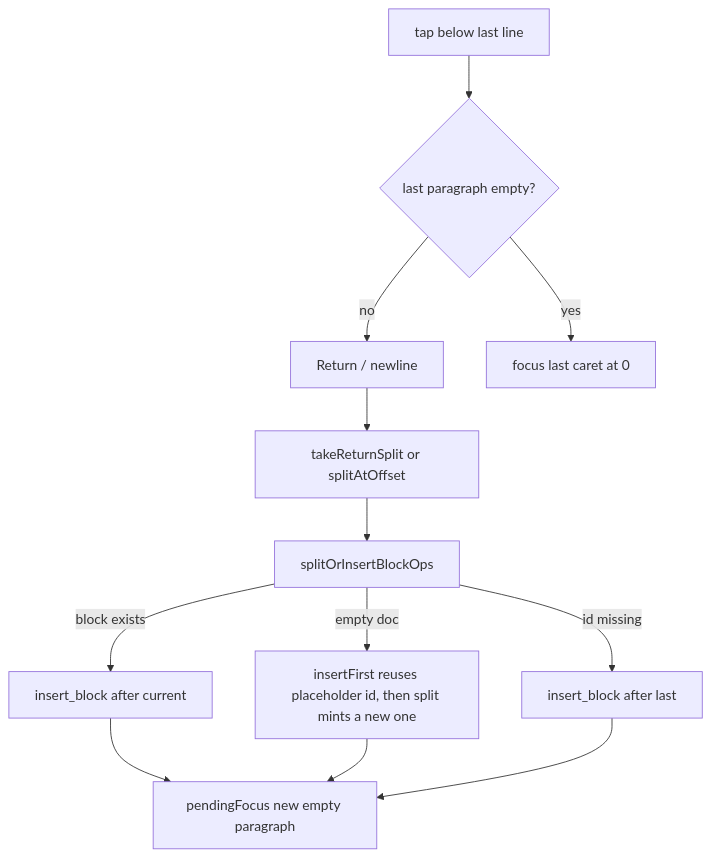
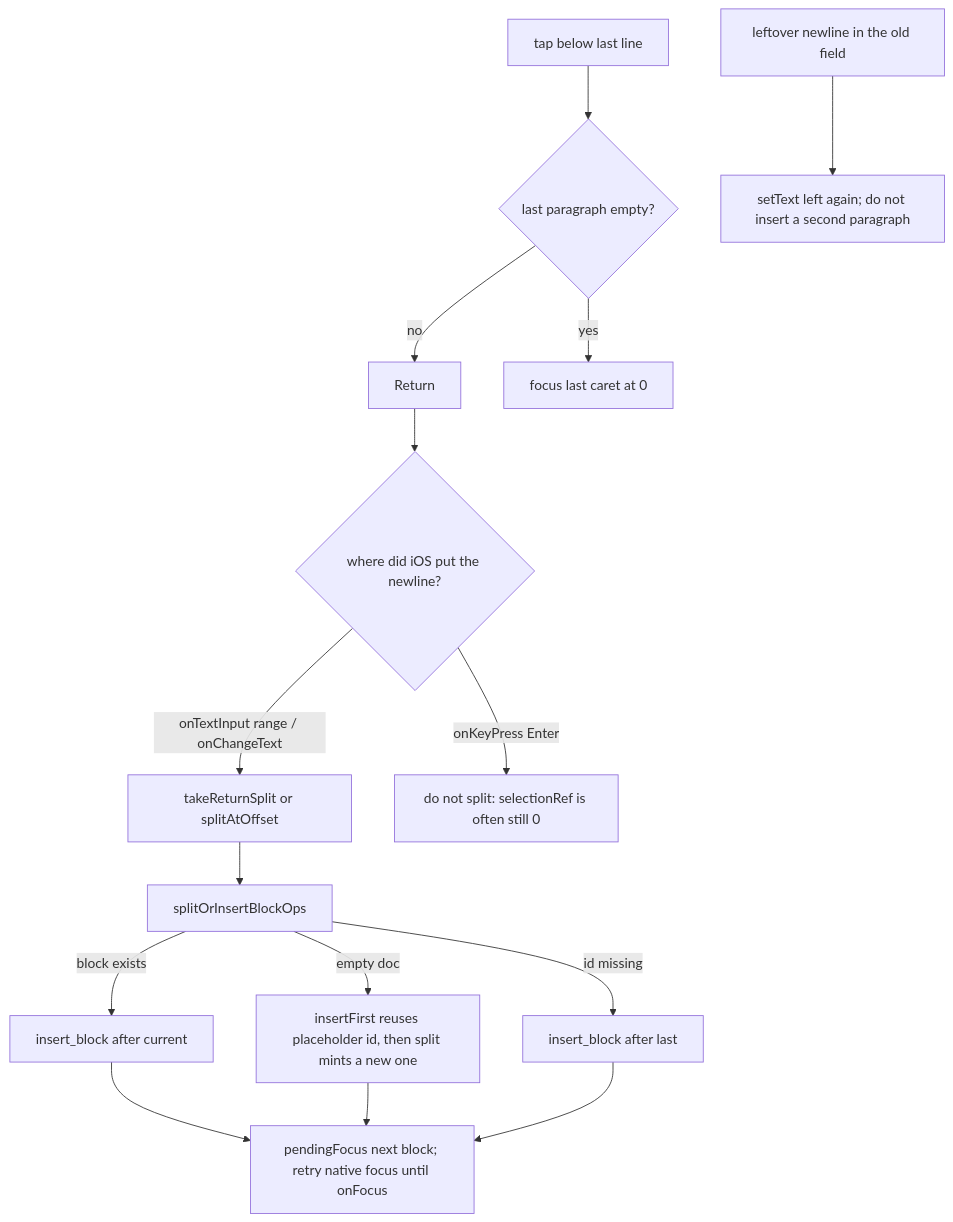
The fourth of 10 diagrams in docs/mobile-editor-flows.md (007jedgar/Ciciro), drawn with Mermaid before and after one commit. The commit also changed other lines of this file and 7 other files, not shown here.

Commit message:
Stop Return from splitting at a stale caret, follow the new blank, and write grammar accepts into the focused field.

````diff
--- a/docs/mobile-editor-flows.md
+++ b/docs/mobile-editor-flows.md
@@ -90,14 +90,17 @@
 ```mermaid
 flowchart TD
-  RET["Return / newline"] --> SPLIT["takeReturnSplit or splitAtOffset"]
+  RET["Return"] --> NATIVE{"where did iOS put the newline?"}
+  NATIVE -->|"onTextInput range / onChangeText"| SPLIT["takeReturnSplit or splitAtOffset"]
+  NATIVE -->|"onKeyPress Enter"| IGNORE["do not split: selectionRef is often still 0"]
   SPLIT --> OPS["splitOrInsertBlockOps"]
   OPS -->|"block exists"| NEW["insert_block after current"]
   OPS -->|"empty doc"| FIRST["insertFirst reuses placeholder id, then split mints a new one"]
   OPS -->|"id missing"| AFTER["insert_block after last"]
-  NEW --> FOCUS["pendingFocus new empty paragraph"]
+  NEW --> FOCUS["pendingFocus next block; retry native focus until onFocus"]
   FIRST --> FOCUS
   AFTER --> FOCUS
   TAP["tap below last line"] --> LAST{"last paragraph empty?"}
   LAST -->|"yes"| FOCUSLAST["focus last caret at 0"]
   LAST -->|"no"| RET
+  ECHO["leftover newline in the old field"] --> STRIP["setText left again; do not insert a second paragraph"]
 ```
````
